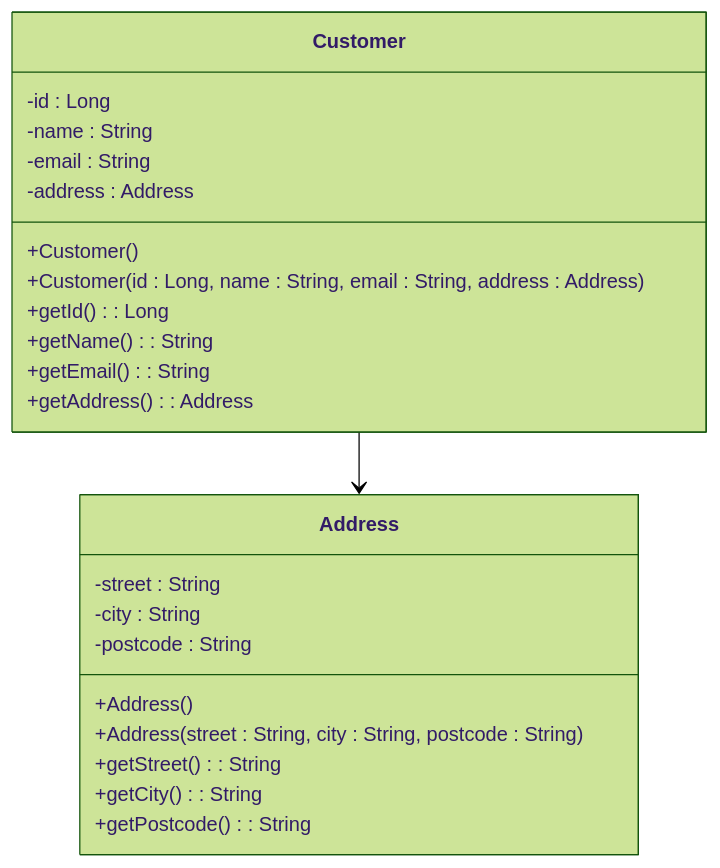
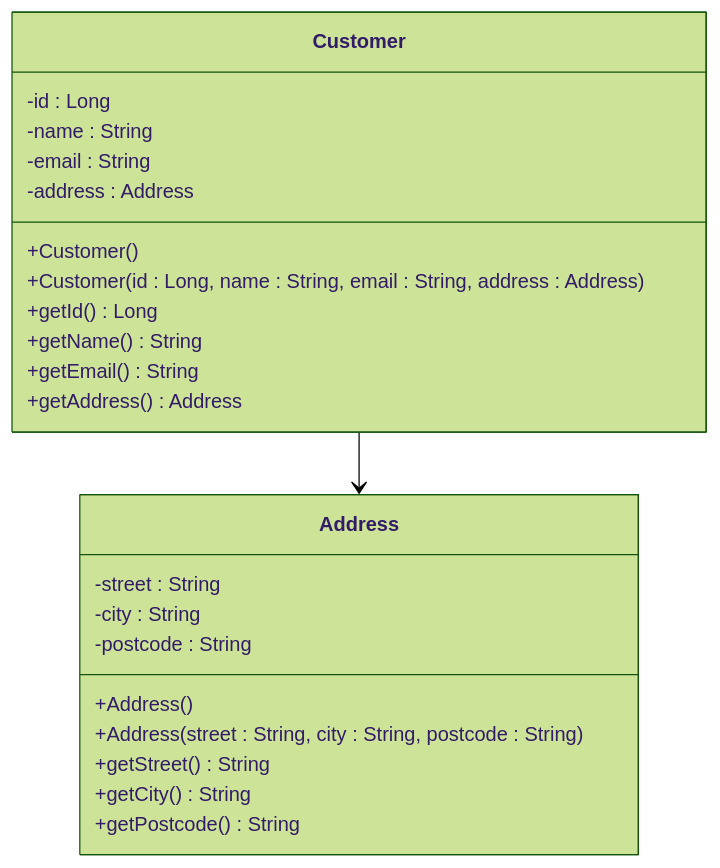
One commit to sujitbhatt00/products-api changed the diagram in docs/uml/CustomerAddress.md. Above: the diagram before and after it, drawn with Mermaid (forest theme). The commit also changed 1 other file, not shown here.

Commit message:
Tutorial 2: fix double colon in UML methods

````diff
--- a/docs/uml/CustomerAddress.md
+++ b/docs/uml/CustomerAddress.md
@@ -1,28 +1,28 @@
 ```mermaid
 classDiagram
     class Customer {
         -id : Long
         -name : String
         -email : String
         -address : Address
         +Customer()
         +Customer(id : Long, name : String, email : String, address : Address)
-        +getId() : Long
-        +getName() : String
-        +getEmail() : String
-        +getAddress() : Address
+        +getId() Long
+        +getName() String
+        +getEmail() String
+        +getAddress() Address
     }
 
     class Address {
         -street : String
         -city : String
         -postcode : String
         +Address()
         +Address(street : String, city : String, postcode : String)
-        +getStreet() : String
-        +getCity() : String
-        +getPostcode() : String
+        +getStreet() String
+        +getCity() String
+        +getPostcode() String
     }
 
     Customer --> Address
 ```
````
